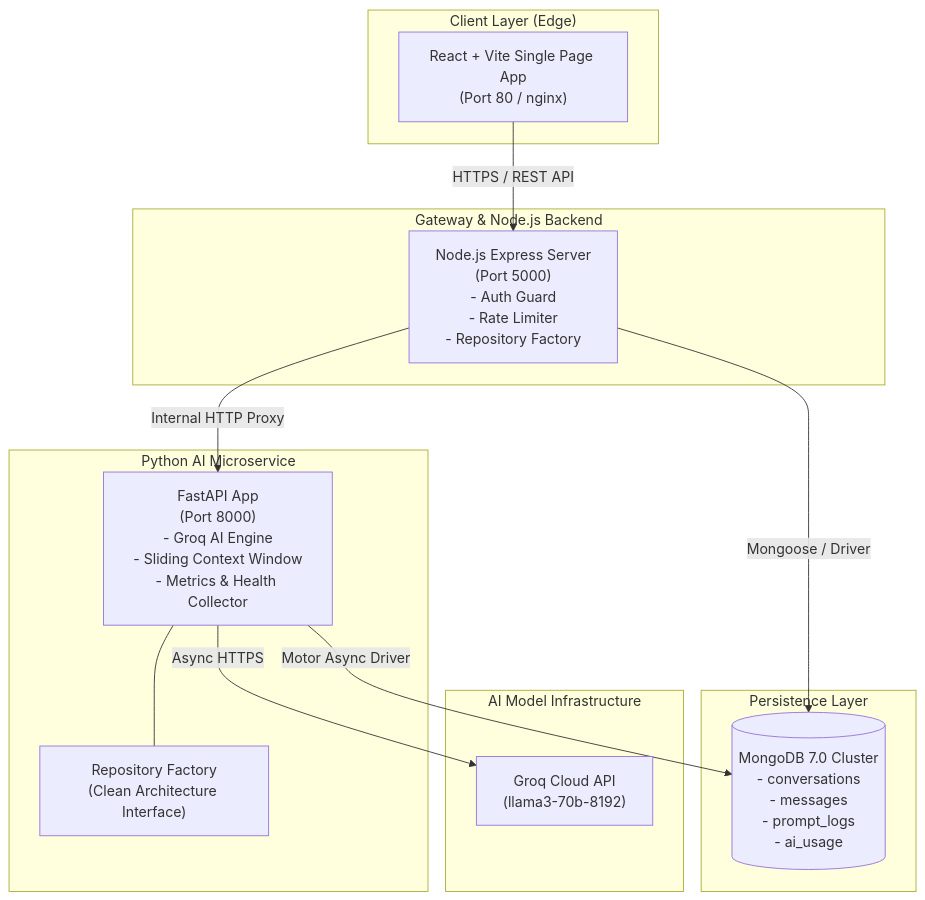
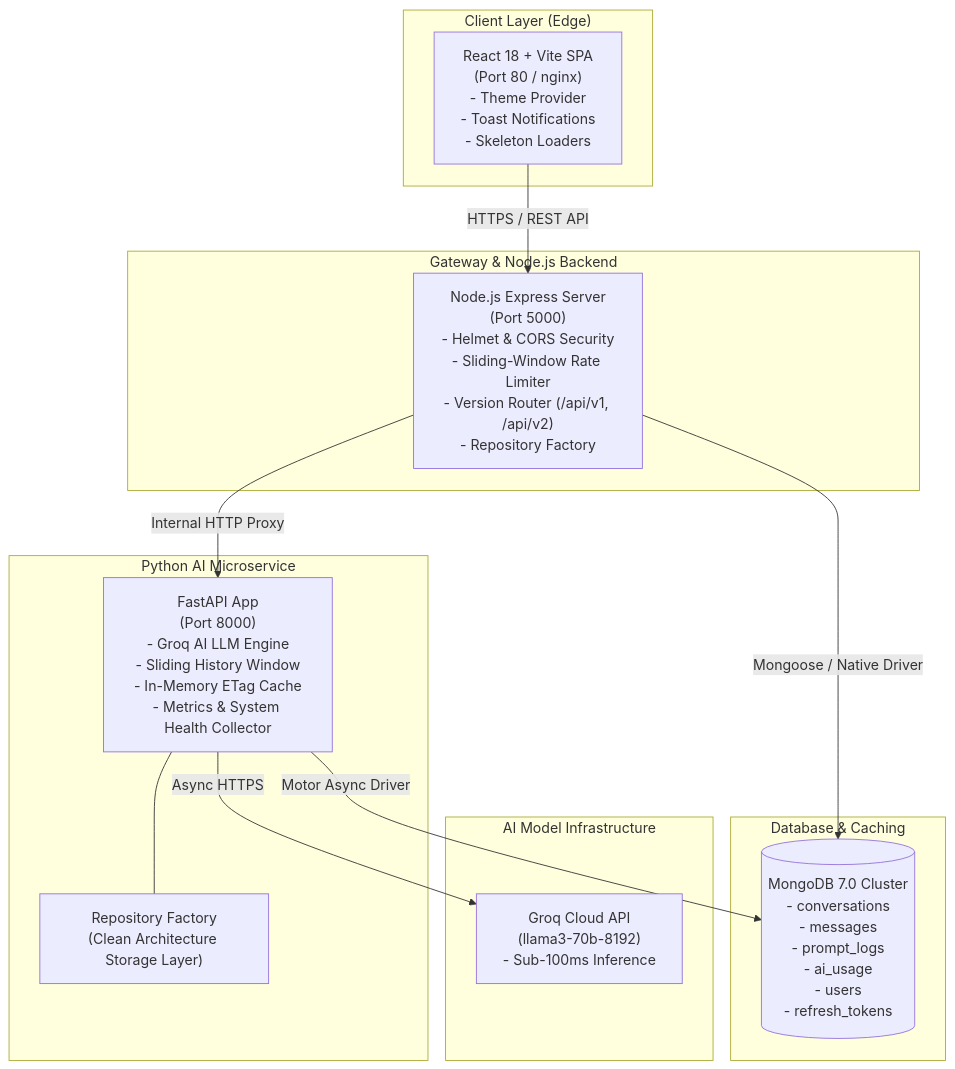
Before and after one commit to MaheshR04/Enterprise-CX-Guardian-AI: the first of 7 diagrams in docs/architecture.md, drawn with Mermaid. The commit also changed other lines of this file and 18 other files, not shown here.

````diff
--- a/docs/architecture.md
+++ b/docs/architecture.md
@@ -5,30 +9,30 @@
 ```mermaid
 flowchart TB
     subgraph ClientLayer ["Client Layer (Edge)"]
-        UI["React + Vite Single Page App\n(Port 80 / nginx)"]
+        UI["React 18 + Vite SPA\n(Port 80 / nginx)\n- Theme Provider\n- Toast Notifications\n- Skeleton Loaders"]
     end
 
     subgraph GatewayLayer ["Gateway & Node.js Backend"]
-        NodeServer["Node.js Express Server\n(Port 5000)\n- Auth Guard\n- Rate Limiter\n- Repository Factory"]
+        NodeServer["Node.js Express Server\n(Port 5000)\n- Helmet & CORS Security\n- Sliding-Window Rate Limiter\n- Version Router (/api/v1, /api/v2)\n- Repository Factory"]
     end
 
     subgraph AIServiceLayer ["Python AI Microservice"]
-        FastAPI["FastAPI App\n(Port 8000)\n- Groq AI Engine\n- Sliding Context Window\n- Metrics & Health Collector"]
-        RepoFactory["Repository Factory\n(Clean Architecture Interface)"]
+        FastAPI["FastAPI App\n(Port 8000)\n- Groq AI LLM Engine\n- Sliding History Window\n- In-Memory ETag Cache\n- Metrics & System Health Collector"]
+        RepoFactory["Repository Factory\n(Clean Architecture Storage Layer)"]
     end
 
     subgraph ExternalServices ["AI Model Infrastructure"]
-        Groq["Groq Cloud API\n(llama3-70b-8192)"]
+        Groq["Groq Cloud API\n(llama3-70b-8192)\n- Sub-100ms Inference"]
     end
 
-    subgraph DataStore ["Persistence Layer"]
-        MongoDB[("MongoDB 7.0 Cluster\n- conversations\n- messages\n- prompt_logs\n- ai_usage")]
+    subgraph PersistenceLayer ["Database & Caching"]
+        MongoDB[("MongoDB 7.0 Cluster\n- conversations\n- messages\n- prompt_logs\n- ai_usage\n- users\n- refresh_tokens")]
     end
 
     UI -->|HTTPS / REST API| NodeServer
     NodeServer -->|Internal HTTP Proxy| FastAPI
     FastAPI -->|Motor Async Driver| MongoDB
-    NodeServer -->|Mongoose / Driver| MongoDB
+    NodeServer -->|Mongoose / Native Driver| MongoDB
     FastAPI -->|Async HTTPS| Groq
     FastAPI --- RepoFactory
 ```
````
